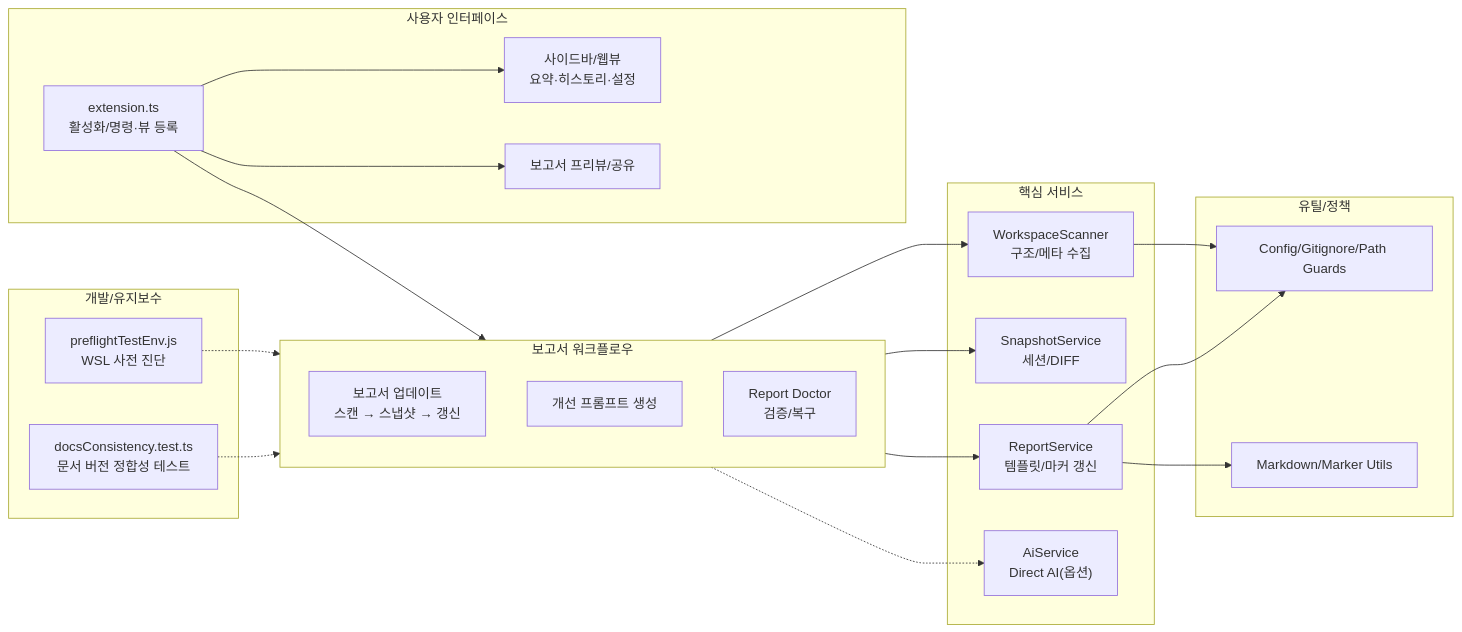
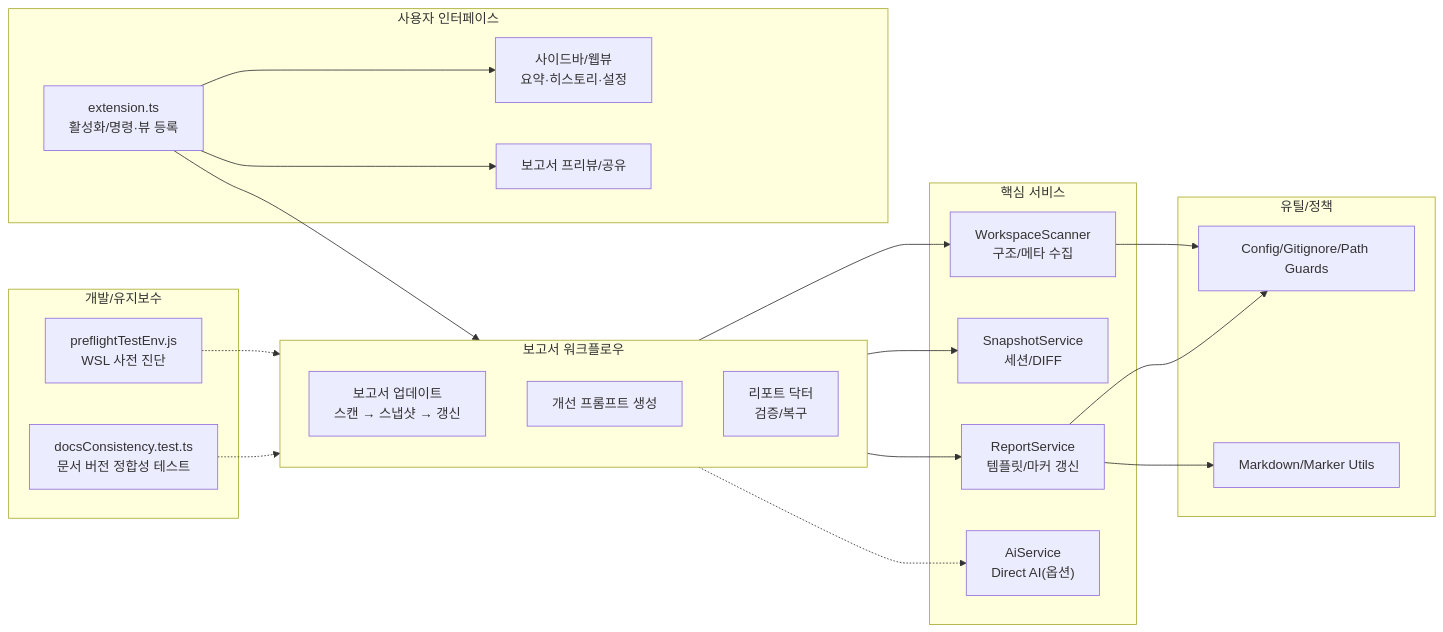
Before and after one commit to Stankjedi/projectmanager: the second of 2 diagrams in devplan/Project_Evaluation_Report.md, drawn with Mermaid. The commit also changed other lines of this file and 108 other files, not shown here.

````diff
--- a/devplan/Project_Evaluation_Report.md
+++ b/devplan/Project_Evaluation_Report.md
@@ -84,47 +115,47 @@
 ```mermaid
 flowchart LR
     subgraph UI["사용자 인터페이스"]
         Ext["extension.ts<br/>활성화/명령·뷰 등록"]
         Views["사이드바/웹뷰<br/>요약·히스토리·설정"]
         Preview["보고서 프리뷰/공유"]
     end
 
     subgraph Workflow["보고서 워크플로우"]
         Update["보고서 업데이트<br/>스캔 → 스냅샷 → 갱신"]
         Prompt["개선 프롬프트 생성"]
-        Doctor["Report Doctor<br/>검증/복구"]
+        Doctor["리포트 닥터<br/>검증/복구"]
     end
 
     subgraph Core["핵심 서비스"]
         Scanner["WorkspaceScanner<br/>구조/메타 수집"]
         Snapshot["SnapshotService<br/>세션/DIFF"]
         ReportSvc["ReportService<br/>템플릿/마커 갱신"]
         AI["AiService<br/>Direct AI(옵션)"]
     end
 
     subgraph Policy["유틸/정책"]
         Rules["Config/Gitignore/Path Guards"]
         Markdown["Markdown/Marker Utils"]
     end
 
     subgraph Tooling["개발/유지보수"]
         Preflight["preflightTestEnv.js<br/>WSL 사전 진단"]
         DocsCheck["docsConsistency.test.ts<br/>문서 버전 정합성 테스트"]
     end
 
     Ext --> Views
     Ext --> Preview
     Ext --> Workflow
 
     Workflow --> Scanner
     Workflow --> Snapshot
     Workflow --> ReportSvc
     Workflow -.-> AI
 
     Scanner --> Rules
     ReportSvc --> Markdown
     ReportSvc --> Rules
 
     Preflight -.-> Workflow
     DocsCheck -.-> Workflow
 ```
````
